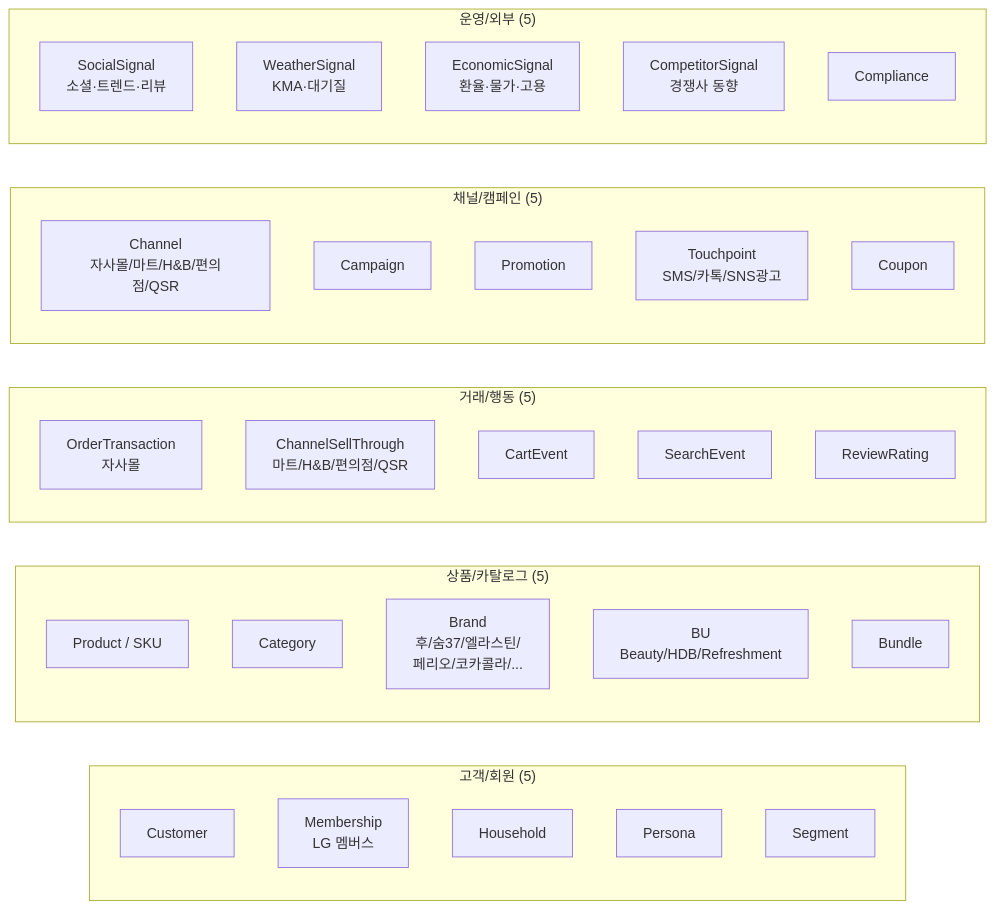
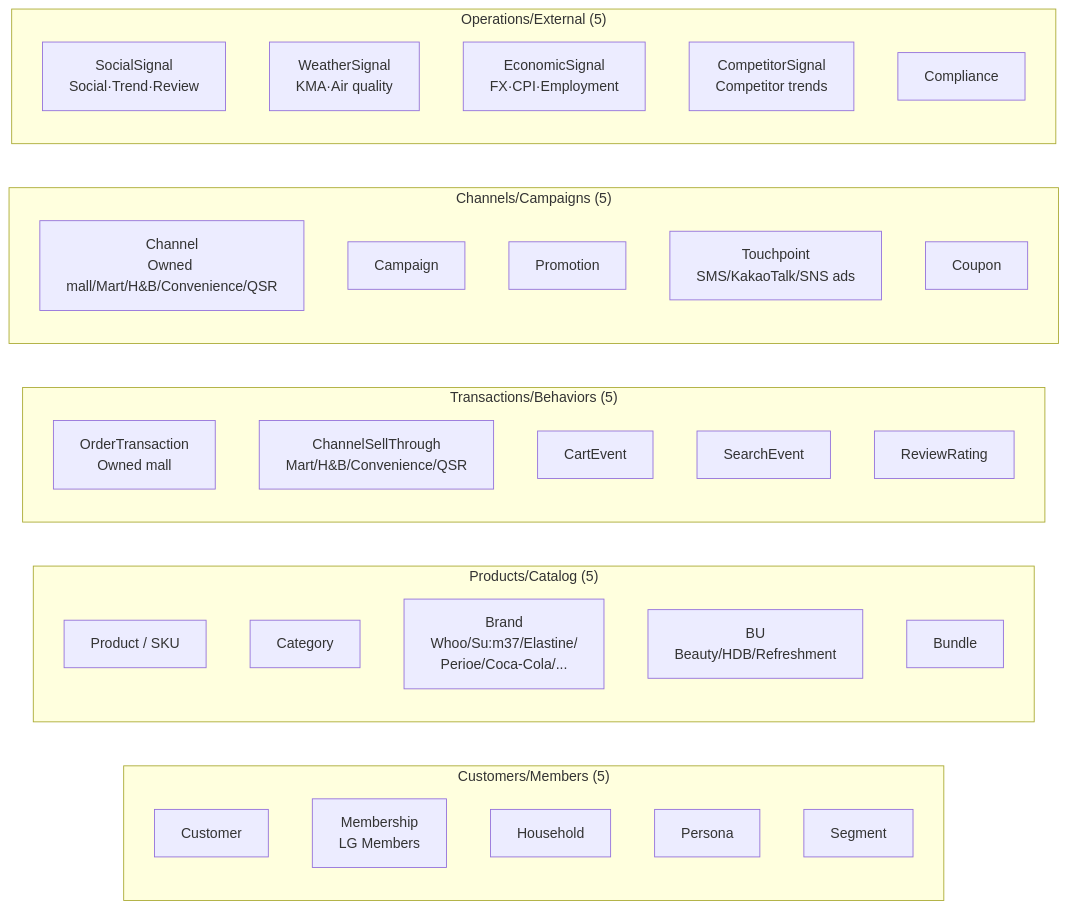
One commit to devfloor9/engineering-playbook changed the first of 2 diagrams in docs/industry-solutions/retail/lg-hnh-marketing-innovation/02-ontology.md. Above: the diagram before and after it, drawn with Mermaid. The commit also changed other lines of this file and 954 other files, not shown here.

````diff
--- a/docs/industry-solutions/retail/lg-hnh-marketing-innovation/02-ontology.md
+++ b/docs/industry-solutions/retail/lg-hnh-marketing-innovation/02-ontology.md
@@ -25,38 +25,38 @@
 ```mermaid
 graph LR
-    subgraph 고객["고객/회원 (5)"]
+    subgraph Customers["Customers/Members (5)"]
         Customer
-        Membership[Membership<br/>LG 멤버스]
+        Membership[Membership<br/>LG Members]
         Household
         Persona
         Segment
     end
-    subgraph 상품["상품/카탈로그 (5)"]
+    subgraph Products["Products/Catalog (5)"]
         Product[Product / SKU]
         Category[Category]
-        Brand[Brand<br/>후/숨37/엘라스틴/<br/>페리오/코카콜라/...]
+        Brand[Brand<br/>Whoo/Su:m37/Elastine/<br/>Perioe/Coca-Cola/...]
         BU[BU<br/>Beauty/HDB/Refreshment]
         Bundle
     end
-    subgraph 거래["거래/행동 (5)"]
-        OrderTransaction[OrderTransaction<br/>자사몰]
-        ChannelSellThrough[ChannelSellThrough<br/>마트/H&B/편의점/QSR]
+    subgraph Transactions["Transactions/Behaviors (5)"]
+        OrderTransaction[OrderTransaction<br/>Owned mall]
+        ChannelSellThrough[ChannelSellThrough<br/>Mart/H&B/Convenience/QSR]
         CartEvent
         SearchEvent
         ReviewRating
     end
-    subgraph 채널["채널/캠페인 (5)"]
-        Channel[Channel<br/>자사몰/마트/H&B/편의점/QSR]
+    subgraph Channels["Channels/Campaigns (5)"]
+        Channel[Channel<br/>Owned mall/Mart/H&B/Convenience/QSR]
         Campaign
         Promotion
-        Touchpoint[Touchpoint<br/>SMS/카톡/SNS광고]
+        Touchpoint[Touchpoint<br/>SMS/KakaoTalk/SNS ads]
         Coupon
     end
-    subgraph 운영["운영/외부 (5)"]
-        SocialSignal[SocialSignal<br/>소셜·트렌드·리뷰]
-        WeatherSignal[WeatherSignal<br/>KMA·대기질]
-        EconomicSignal[EconomicSignal<br/>환율·물가·고용]
-        CompetitorSignal[CompetitorSignal<br/>경쟁사 동향]
+    subgraph Operations["Operations/External (5)"]
+        SocialSignal[SocialSignal<br/>Social·Trend·Review]
+        WeatherSignal[WeatherSignal<br/>KMA·Air quality]
+        EconomicSignal[EconomicSignal<br/>FX·CPI·Employment]
+        CompetitorSignal[CompetitorSignal<br/>Competitor trends]
         Compliance
     end
 ```
````
